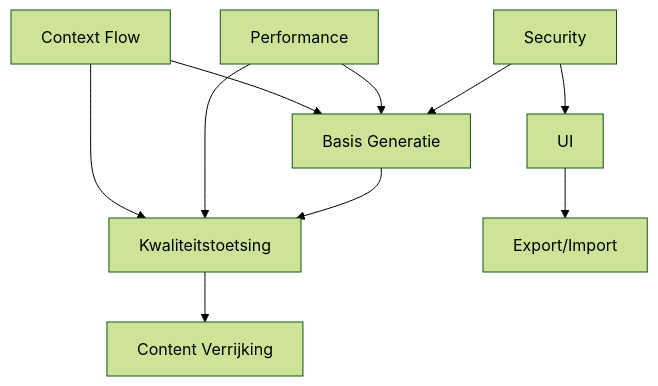
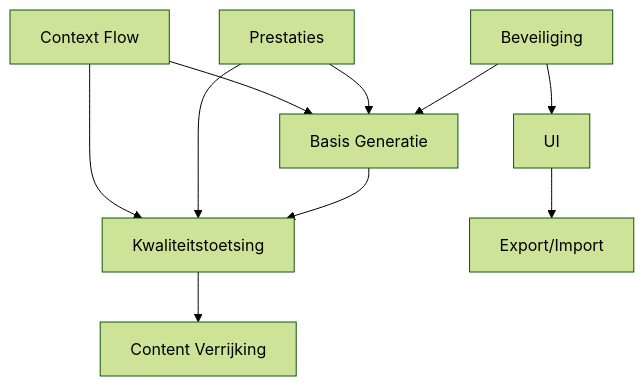
Before and after one commit to Chris-Lehnen-ICT-CONSULTING/Definitie-app-zakelijk: the diagram in docs/TRACEABILITY-MATRIX.md, drawn with Mermaid (forest theme). The commit also changed other lines of this file and 707 other files, not shown here.

````diff
--- a/docs/TRACEABILITY-MATRIX.md
+++ b/docs/TRACEABILITY-MATRIX.md
@@ -151,12 +159,12 @@
 ```mermaid
 graph TD
     EPIC-001[Basis Generatie] --> EPIC-002[Kwaliteitstoetsing]
     EPIC-002 --> EPIC-003[Content Verrijking]
-    EPIC-006[Security] --> EPIC-001
+    EPIC-006[Beveiliging] --> EPIC-001
     EPIC-006 --> EPIC-004[UI]
     EPIC-004 --> EPIC-005[Export/Import]
-    EPIC-007[Performance] --> EPIC-001
+    EPIC-007[Prestaties] --> EPIC-001
     EPIC-007 --> EPIC-002
     EPIC-010[Context Flow] --> EPIC-001
     EPIC-010 --> EPIC-002
 ```
````
